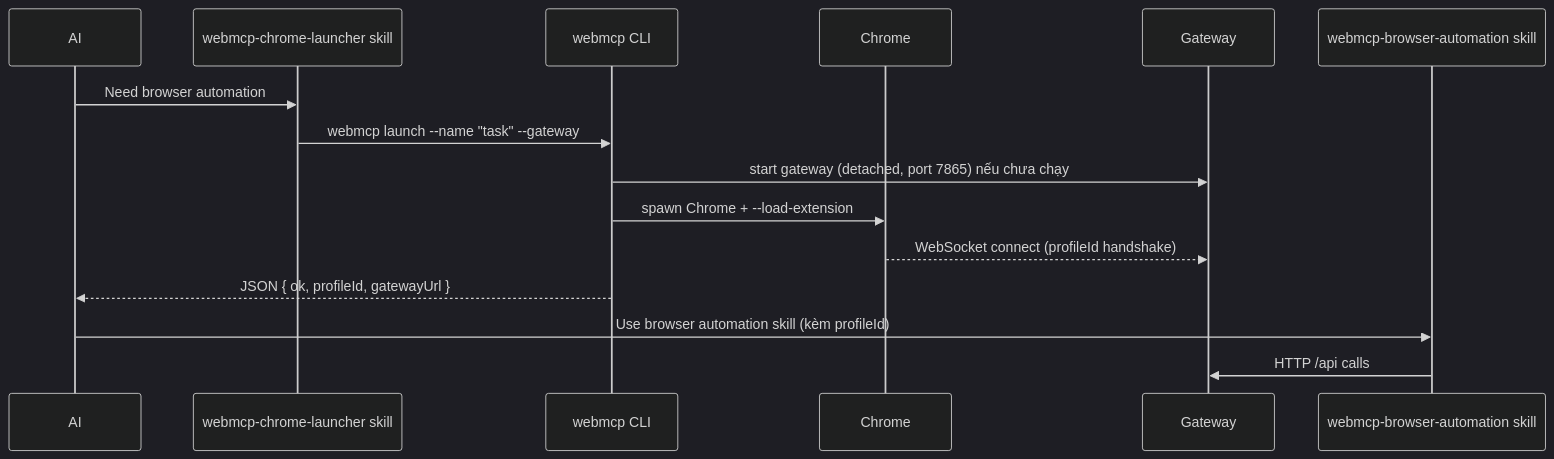
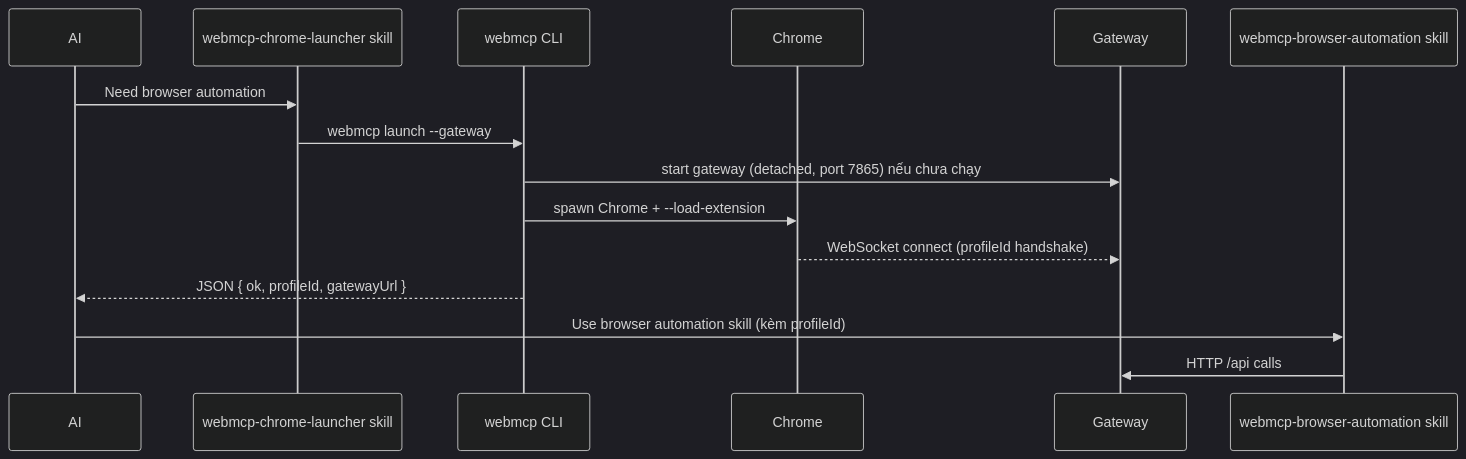
Before and after one commit to uyencss/web-automation-extension: the second of 2 diagrams in docs/20260701_chrome-launcher-cli.md, drawn with Mermaid (dark theme). The commit also changed other lines of this file and 5 other files, not shown here.

````diff
--- a/docs/20260701_chrome-launcher-cli.md
+++ b/docs/20260701_chrome-launcher-cli.md
@@ -209,18 +212,18 @@
 ```mermaid
 sequenceDiagram
     participant AI
     participant Skill as webmcp-chrome-launcher skill
     participant CLI as webmcp CLI
     participant Chrome
     participant Gateway
     participant Automation as webmcp-browser-automation skill
     
     AI->>Skill: Need browser automation
-    Skill->>CLI: webmcp launch --name "task" --gateway
+    Skill->>CLI: webmcp launch --gateway
     CLI->>Gateway: start gateway (detached, port 7865) nếu chưa chạy
     CLI->>Chrome: spawn Chrome + --load-extension
     Chrome-->>Gateway: WebSocket connect (profileId handshake)
     CLI-->>AI: JSON { ok, profileId, gatewayUrl }
     AI->>Automation: Use browser automation skill (kèm profileId)
     Automation->>Gateway: HTTP /api calls
 ```
````
